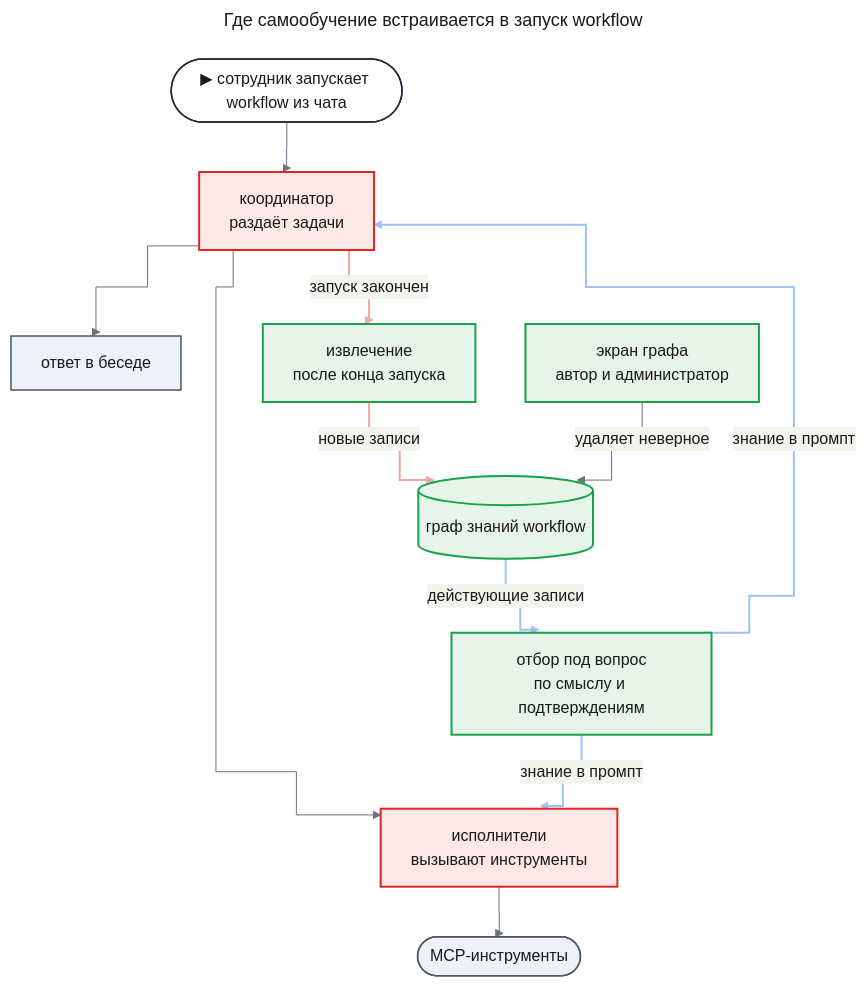
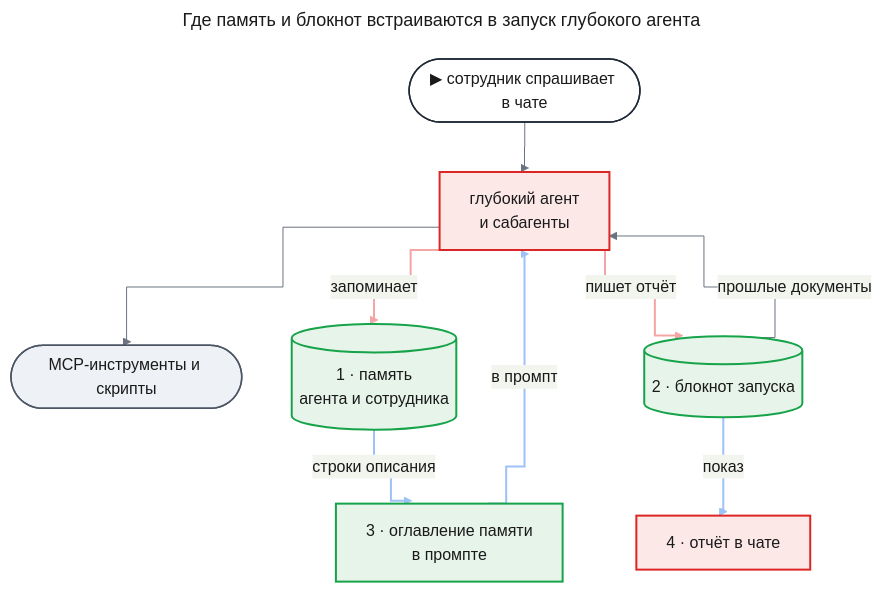
Before and after one commit to tundraray/agent-os: the first of 3 diagrams in docs/features/self-learning/prd.md, drawn with Mermaid. The commit also changed other lines of this file and 1225 other files, not shown here.

````diff
--- a/docs/features/self-learning/prd.md
+++ b/docs/features/self-learning/prd.md
@@ -48,56 +51,52 @@
 ```mermaid
 ---
-title: "Где самообучение встраивается в запуск workflow"
+title: "Где память и блокнот встраиваются в запуск глубокого агента"
 config:
   theme: base
   look: classic
   themeVariables:
     primaryColor: "#eef1f5"
     primaryBorderColor: "#4b5563"
     primaryTextColor: "#1a1a1a"
     lineColor: "#6b7280"
   flowchart:
     curve: step
   themeCSS: |
-    @keyframes lit_sl1{0%,18%{stroke:#991b1b;stroke-width:6px}20%,100%{stroke:#f4a5a5;stroke-width:2px}}
-    @keyframes litr_sl1{0%,18%{stroke:#1d4ed8;stroke-width:6px}20%,100%{stroke:#9ec1f7;stroke-width:2px}}
+    @keyframes lit_slm{0%,18%{stroke:#991b1b;stroke-width:6px}20%,100%{stroke:#f4a5a5;stroke-width:2px}}
+    @keyframes litr_slm{0%,18%{stroke:#1d4ed8;stroke-width:6px}20%,100%{stroke:#9ec1f7;stroke-width:2px}}
 ---
 flowchart TB
-    entry(["▶ сотрудник запускает workflow из чата"])
-    coord["координатор<br/>раздаёт задачи"]
-    exec["исполнители<br/>вызывают инструменты"]
-    tools(["MCP-инструменты"])
-    answer["ответ в беседе"]
-    extract["извлечение<br/>после конца запуска"]
-    kg[("граф знаний workflow")]
-    pick["отбор под вопрос<br/>по смыслу и подтверждениям"]
-    screen["экран графа<br/>автор и администратор"]
-    entry --> coord
-    coord --> exec
-    exec --> tools
-    coord --> answer
-    coord e1@-->|"запуск закончен"| extract
-    extract e2@-->|"новые записи"| kg
-    kg e3@-->|"действующие записи"| pick
-    pick e4@-->|"знание в промпт"| coord
-    pick e5@-->|"знание в промпт"| exec
-    screen -->|"удаляет неверное"| kg
+    entry(["▶ сотрудник спрашивает в чате"])
+    agent["глубокий агент<br/>и сабагенты"]
+    tools(["MCP-инструменты и скрипты"])
+    memory[("1 · память<br/>агента и сотрудника")]
+    notepad[("2 · блокнот запуска")]
+    index["3 · оглавление памяти<br/>в промпте"]
+    chat["4 · отчёт в чате"]
+    entry --> agent
+    agent --> tools
+    agent e1@-->|"запоминает"| memory
+    agent e2@-->|"пишет отчёт"| notepad
+    memory e3@-->|"строки описания"| index
+    index e4@-->|"в промпт"| agent
+    notepad e5@-->|"показ"| chat
+    notepad -->|"прошлые документы"| agent
     classDef entry fill:#ffffff,stroke:#1f2937,stroke-width:1.5px,color:#1a1a1a
     classDef changed fill:#fde8e8,stroke:#dc2626,stroke-width:2px,color:#1a1a1a
     classDef new fill:#e6f4ea,stroke:#16a34a,stroke-width:2px,color:#1a1a1a
     classDef unchanged fill:#eef1f5,stroke:#4b5563,stroke-width:1.5px,color:#1a1a1a
-    classDef w1 stroke:#f4a5a5,stroke-width:2px,animation:lit_sl1 6s linear 0s infinite
-    classDef w2 stroke:#f4a5a5,stroke-width:2px,animation:lit_sl1 6s linear 1.2s infinite
-    classDef r3 stroke:#9ec1f7,stroke-width:2px,animation:litr_sl1 6s linear 2.4s infinite
-    classDef r4 stroke:#9ec1f7,stroke-width:2px,animation:litr_sl1 6s linear 3.6s infinite
-    classDef r5 stroke:#9ec1f7,stroke-width:2px,animation:litr_sl1 6s linear 4.8s infinite
+    classDef w1 stroke:#f4a5a5,stroke-width:2px,animation:lit_slm 6s linear 0s infinite
+    classDef w2 stroke:#f4a5a5,stroke-width:2px,animation:lit_slm 6s linear 1.2s infinite
+    classDef r3 stroke:#9ec1f7,stroke-width:2px,animation:litr_slm 6s linear 2.4s infinite
+    classDef r4 stroke:#9ec1f7,stroke-width:2px,animation:litr_slm 6s linear 3.6s infinite
+    classDef r5 stroke:#9ec1f7,stroke-width:2px,animation:litr_slm 6s linear 4.8s infinite
     class entry entry
-    class coord,exec changed
-    class extract,kg,pick,screen new
-    class tools,answer unchanged
+    class agent,chat changed
+    class memory,notepad,index new
+    class tools unchanged
     class e1 w1
     class e2 w2
     class e3 r3
     class e4 r4
     class e5 r5
 ```
````
